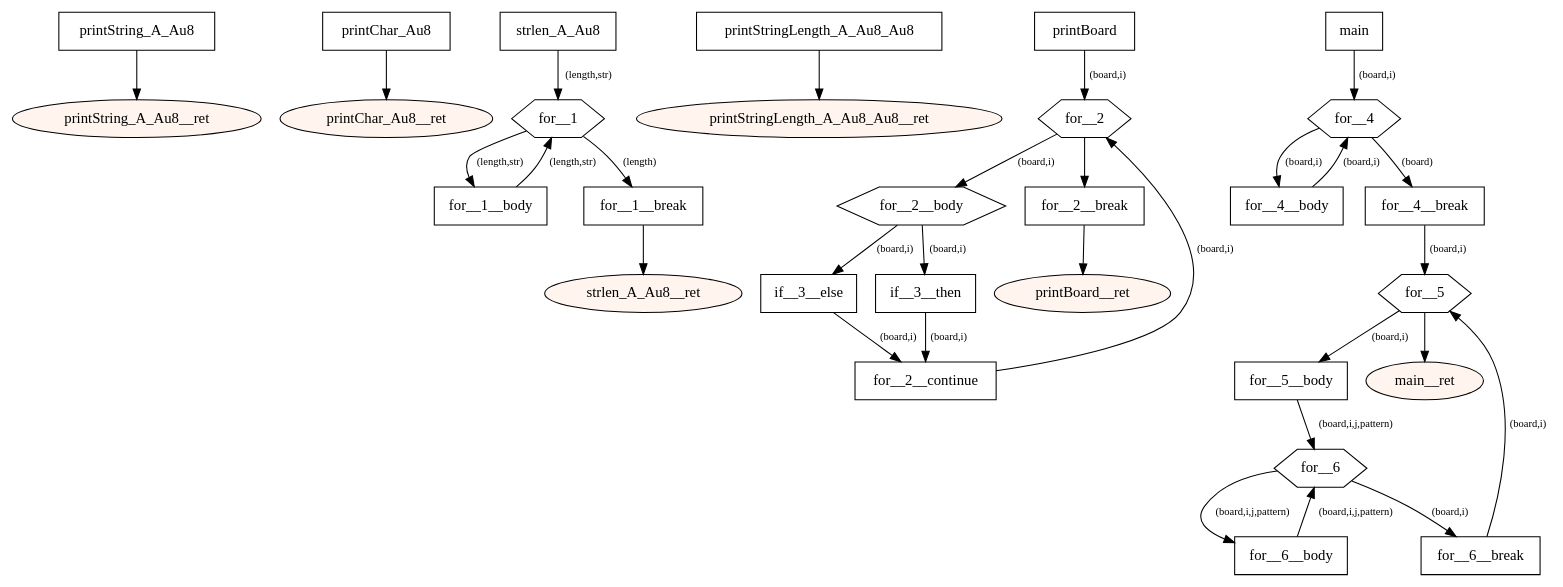
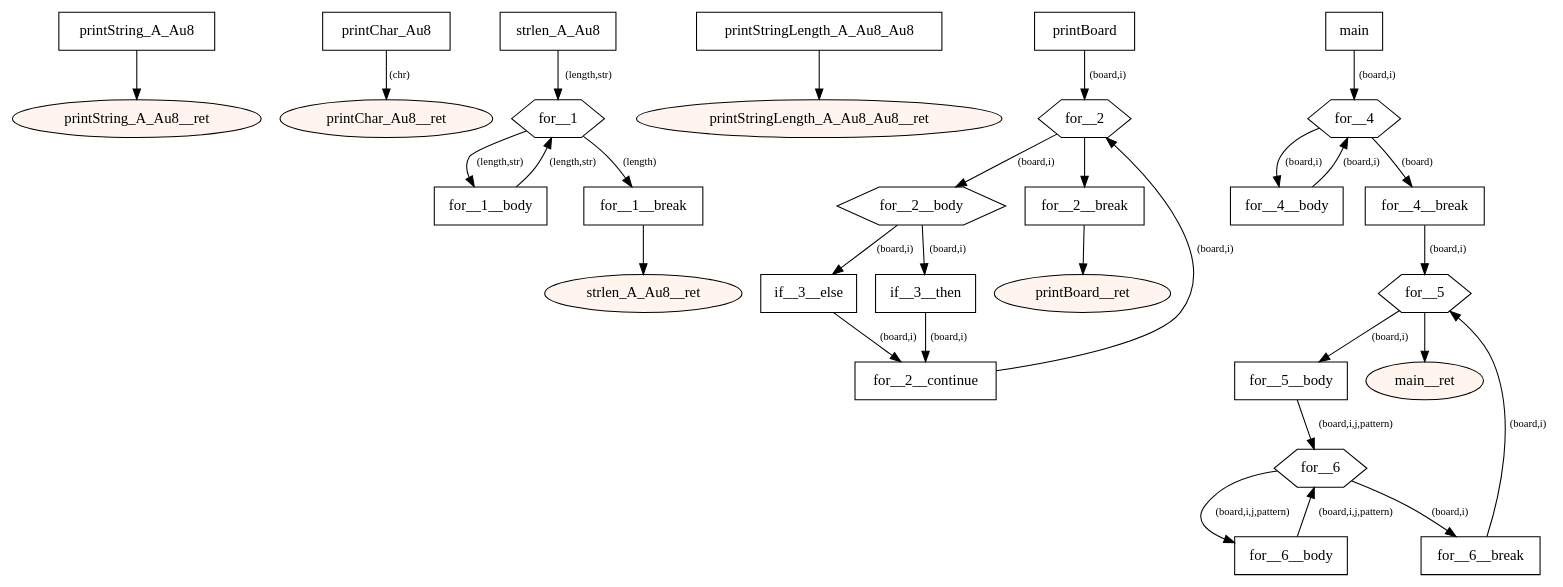
One commit to tmssngr/tinyC changed the diagram in src/main/resources-test/compiler/windows/rule110.dot. Above: the diagram before and after it, drawn with Graphviz. The commit also changed 150 other files, not shown here.

```diff
--- a/src/main/resources-test/compiler/windows/rule110.dot
+++ b/src/main/resources-test/compiler/windows/rule110.dot
@@ -1,73 +1,73 @@
 digraph program {
 	edge[fontsize="10pt"];
 	subgraph fn_printString_A_Au8 {
 		BasicBlock_0_printString_A_Au8 [label="printString_A_Au8",shape=box];
 		BasicBlock_0_printString_A_Au8 -> BasicBlock_0_printString_A_Au8__ret;
 		BasicBlock_0_printString_A_Au8__ret [label="printString_A_Au8__ret",shape=oval,style=filled,fillcolor="#fff5ee"];
 	}
 	subgraph fn_printChar_Au8 {
 		BasicBlock_1_printChar_Au8 [label="printChar_Au8",shape=box];
-		BasicBlock_1_printChar_Au8 -> BasicBlock_1_printChar_Au8__ret;
+		BasicBlock_1_printChar_Au8 -> BasicBlock_1_printChar_Au8__ret [label="(chr)"];
 		BasicBlock_1_printChar_Au8__ret [label="printChar_Au8__ret",shape=oval,style=filled,fillcolor="#fff5ee"];
 	}
 	subgraph fn_strlen_A_Au8 {
 		BasicBlock_2_strlen_A_Au8 [label="strlen_A_Au8",shape=box];
 		BasicBlock_2_strlen_A_Au8 -> BasicBlock_2_for__1 [label="(length,str)"];
 		BasicBlock_2_for__1__body [label="for__1__body",shape=box];
 		BasicBlock_2_for__1__body -> BasicBlock_2_for__1 [label="(length,str)"];
 		BasicBlock_2_for__1 [label="for__1",shape=hexagon];
 		BasicBlock_2_for__1 -> BasicBlock_2_for__1__break [label="(length)"];
 		BasicBlock_2_for__1 -> BasicBlock_2_for__1__body [label="(length,str)"];
 		BasicBlock_2_for__1__break [label="for__1__break",shape=box];
 		BasicBlock_2_for__1__break -> BasicBlock_2_strlen_A_Au8__ret;
 		BasicBlock_2_strlen_A_Au8__ret [label="strlen_A_Au8__ret",shape=oval,style=filled,fillcolor="#fff5ee"];
 	}
 	subgraph fn_printStringLength_A_Au8_Au8 {
 		BasicBlock_3_printStringLength_A_Au8_Au8 [label="printStringLength_A_Au8_Au8",shape=box];
 		BasicBlock_3_printStringLength_A_Au8_Au8 -> BasicBlock_3_printStringLength_A_Au8_Au8__ret;
 		BasicBlock_3_printStringLength_A_Au8_Au8__ret [label="printStringLength_A_Au8_Au8__ret",shape=oval,style=filled,fillcolor="#fff5ee"];
 	}
 	subgraph fn_printBoard {
 		BasicBlock_4_printBoard [label="printBoard",shape=box];
 		BasicBlock_4_printBoard -> BasicBlock_4_for__2 [label="(board,i)"];
 		BasicBlock_4_for__2__body [label="for__2__body",shape=hexagon];
 		BasicBlock_4_for__2__body -> BasicBlock_4_if__3__else [label="(board,i)"];
 		BasicBlock_4_for__2__body -> BasicBlock_4_if__3__then [label="(board,i)"];
 		BasicBlock_4_if__3__else [label="if__3__else",shape=box];
 		BasicBlock_4_if__3__else -> BasicBlock_4_for__2__continue [label="(board,i)"];
 		BasicBlock_4_if__3__then [label="if__3__then",shape=box];
 		BasicBlock_4_if__3__then -> BasicBlock_4_for__2__continue [label="(board,i)"];
 		BasicBlock_4_for__2__continue [label="for__2__continue",shape=box];
 		BasicBlock_4_for__2__continue -> BasicBlock_4_for__2 [label="(board,i)"];
 		BasicBlock_4_for__2 [label="for__2",shape=hexagon];
 		BasicBlock_4_for__2 -> BasicBlock_4_for__2__break;
 		BasicBlock_4_for__2 -> BasicBlock_4_for__2__body [label="(board,i)"];
 		BasicBlock_4_for__2__break [label="for__2__break",shape=box];
 		BasicBlock_4_for__2__break -> BasicBlock_4_printBoard__ret;
 		BasicBlock_4_printBoard__ret [label="printBoard__ret",shape=oval,style=filled,fillcolor="#fff5ee"];
 	}
 	subgraph fn_main {
 		BasicBlock_5_main [label="main",shape=box];
 		BasicBlock_5_main -> BasicBlock_5_for__4 [label="(board,i)"];
 		BasicBlock_5_for__4__body [label="for__4__body",shape=box];
 		BasicBlock_5_for__4__body -> BasicBlock_5_for__4 [label="(board,i)"];
 		BasicBlock_5_for__4 [label="for__4",shape=hexagon];
 		BasicBlock_5_for__4 -> BasicBlock_5_for__4__break [label="(board)"];
 		BasicBlock_5_for__4 -> BasicBlock_5_for__4__body [label="(board,i)"];
 		BasicBlock_5_for__4__break [label="for__4__break",shape=box];
 		BasicBlock_5_for__4__break -> BasicBlock_5_for__5 [label="(board,i)"];
 		BasicBlock_5_for__5__body [label="for__5__body",shape=box];
 		BasicBlock_5_for__5__body -> BasicBlock_5_for__6 [label="(board,i,j,pattern)"];
 		BasicBlock_5_for__6__body [label="for__6__body",shape=box];
 		BasicBlock_5_for__6__body -> BasicBlock_5_for__6 [label="(board,i,j,pattern)"];
 		BasicBlock_5_for__6 [label="for__6",shape=hexagon];
 		BasicBlock_5_for__6 -> BasicBlock_5_for__6__break [label="(board,i)"];
 		BasicBlock_5_for__6 -> BasicBlock_5_for__6__body [label="(board,i,j,pattern)"];
 		BasicBlock_5_for__6__break [label="for__6__break",shape=box];
 		BasicBlock_5_for__6__break -> BasicBlock_5_for__5 [label="(board,i)"];
 		BasicBlock_5_for__5 [label="for__5",shape=hexagon];
 		BasicBlock_5_for__5 -> BasicBlock_5_main__ret;
 		BasicBlock_5_for__5 -> BasicBlock_5_for__5__body [label="(board,i)"];
 		BasicBlock_5_main__ret [label="main__ret",shape=oval,style=filled,fillcolor="#fff5ee"];
 	}
 }
```
